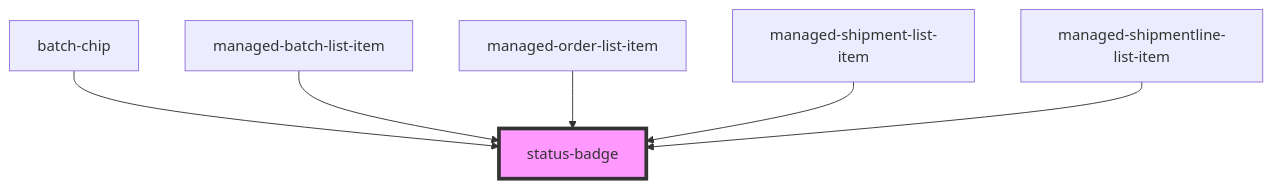
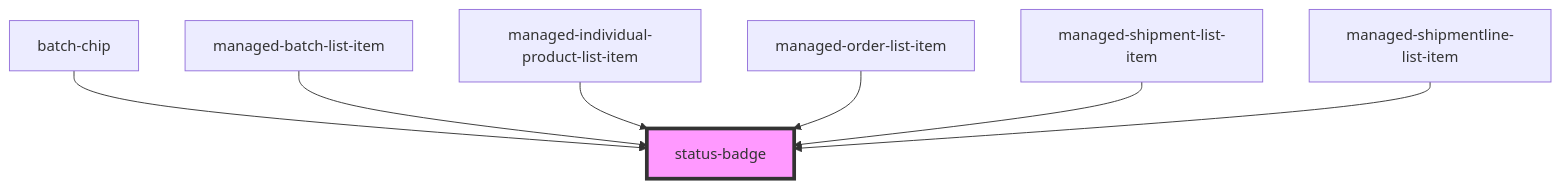
The diagram in pdm-web-components/src/components/status-badge/readme.md (PharmaLedger-IMI/fgt-workspace), drawn with Mermaid before and after one commit. The commit also changed other lines of this file and 6 other files, not shown here.

````diff
--- a/pdm-web-components/src/components/status-badge/readme.md
+++ b/pdm-web-components/src/components/status-badge/readme.md
@@ -26,9 +27,10 @@
 ```mermaid
 graph TD;
   batch-chip --> status-badge
   managed-batch-list-item --> status-badge
+  managed-individual-product-list-item --> status-badge
   managed-order-list-item --> status-badge
   managed-shipment-list-item --> status-badge
   managed-shipmentline-list-item --> status-badge
   style status-badge fill:#f9f,stroke:#333,stroke-width:4px
 ```
````
